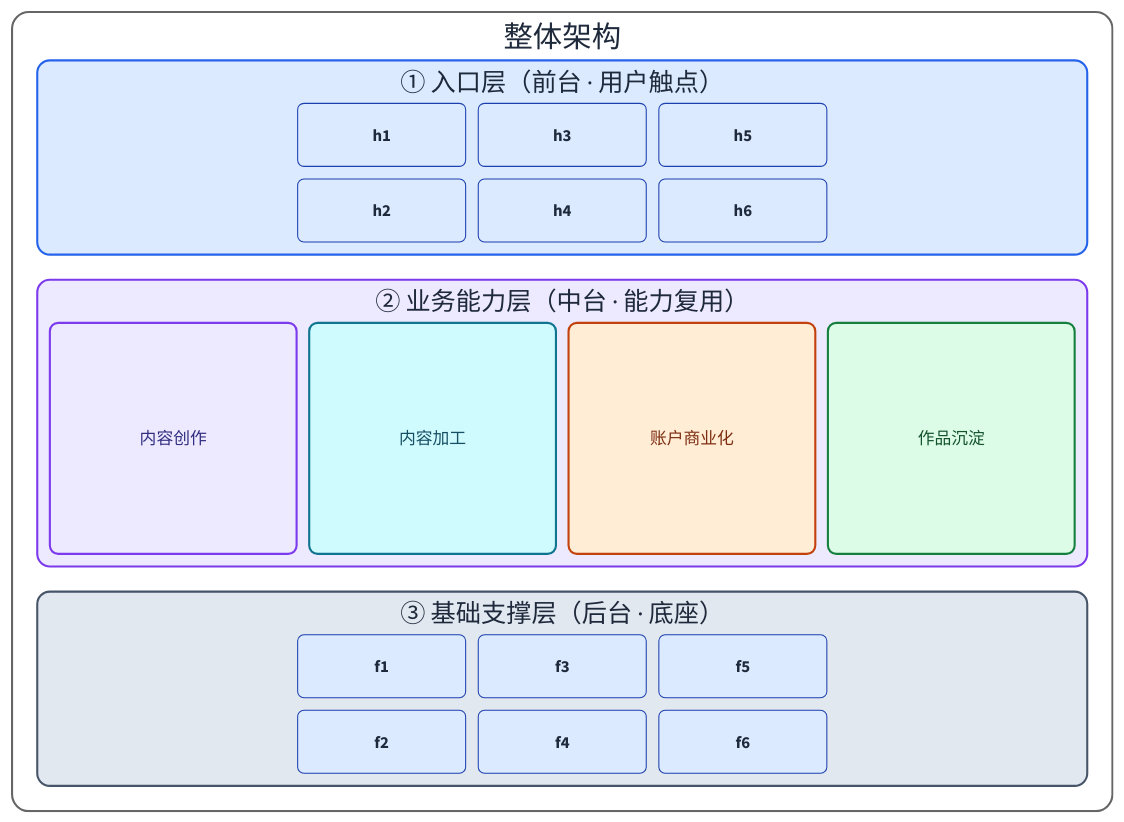
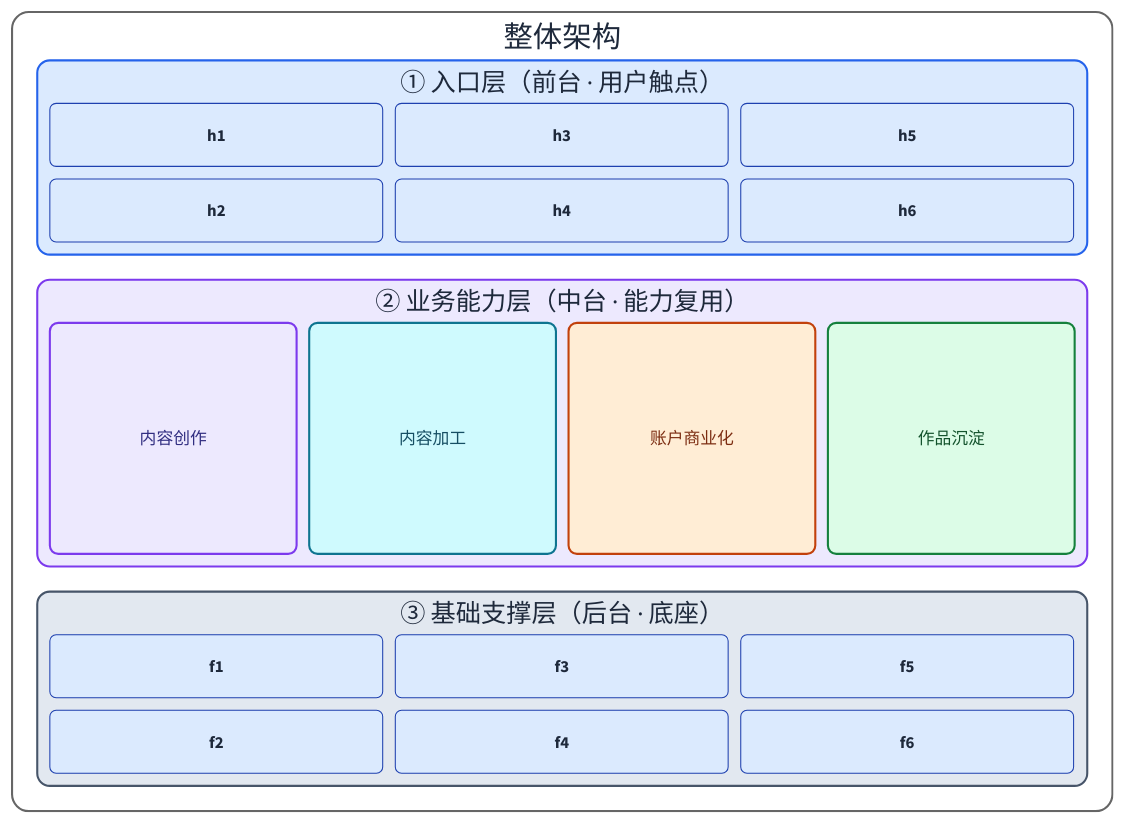
One commit to syllr/skills changed the third of 13 diagrams in skills/c4-container-diagram/SKILL.md. Above: the diagram before and after it, drawn with D2. The commit also changed other lines of this file, not shown here.

```diff
--- a/skills/c4-container-diagram/SKILL.md
+++ b/skills/c4-container-diagram/SKILL.md
@@ -342,12 +342,13 @@
     style.border-radius: 12
     grid-columns: 3        # ← 关键：子模块数 = grid-columns 才能填满宽度
     grid-gap: 12
-    h1: { width: 160; height: 60; class: module }
-    h2: { width: 160; height: 60; class: module }
-    h3: { width: 160; height: 60; class: module }
-    h4: { width: 160; height: 60; class: module }
-    h5: { width: 160; height: 60; class: module }
-    h6: { width: 160; height: 60; class: module }
+    # width 按 §6.9 公式: (1000−24−2×12)/3 = 317（6 个子容器 → 2 行 3 列）
+    h1: { width: 317; height: 60; class: module }
+    h2: { width: 317; height: 60; class: module }
+    h3: { width: 317; height: 60; class: module }
+    h4: { width: 317; height: 60; class: module }
+    h5: { width: 317; height: 60; class: module }
+    h6: { width: 317; height: 60; class: module }
   }
 
   业务能力层: {
@@ -376,12 +377,13 @@
     style.border-radius: 12
     grid-columns: 3
     grid-gap: 12
-    f1: { width: 160; height: 60; class: module }
-    f2: { width: 160; height: 60; class: module }
-    f3: { width: 160; height: 60; class: module }
-    f4: { width: 160; height: 60; class: module }
-    f5: { width: 160; height: 60; class: module }
-    f6: { width: 160; height: 60; class: module }
+    # width 按 §6.9 公式: (1000−24−2×12)/3 = 317（6 个子容器 → 2 行 3 列）
+    f1: { width: 317; height: 60; class: module }
+    f2: { width: 317; height: 60; class: module }
+    f3: { width: 317; height: 60; class: module }
+    f4: { width: 317; height: 60; class: module }
+    f5: { width: 317; height: 60; class: module }
+    f6: { width: 317; height: 60; class: module }
   }
 }
 
```
